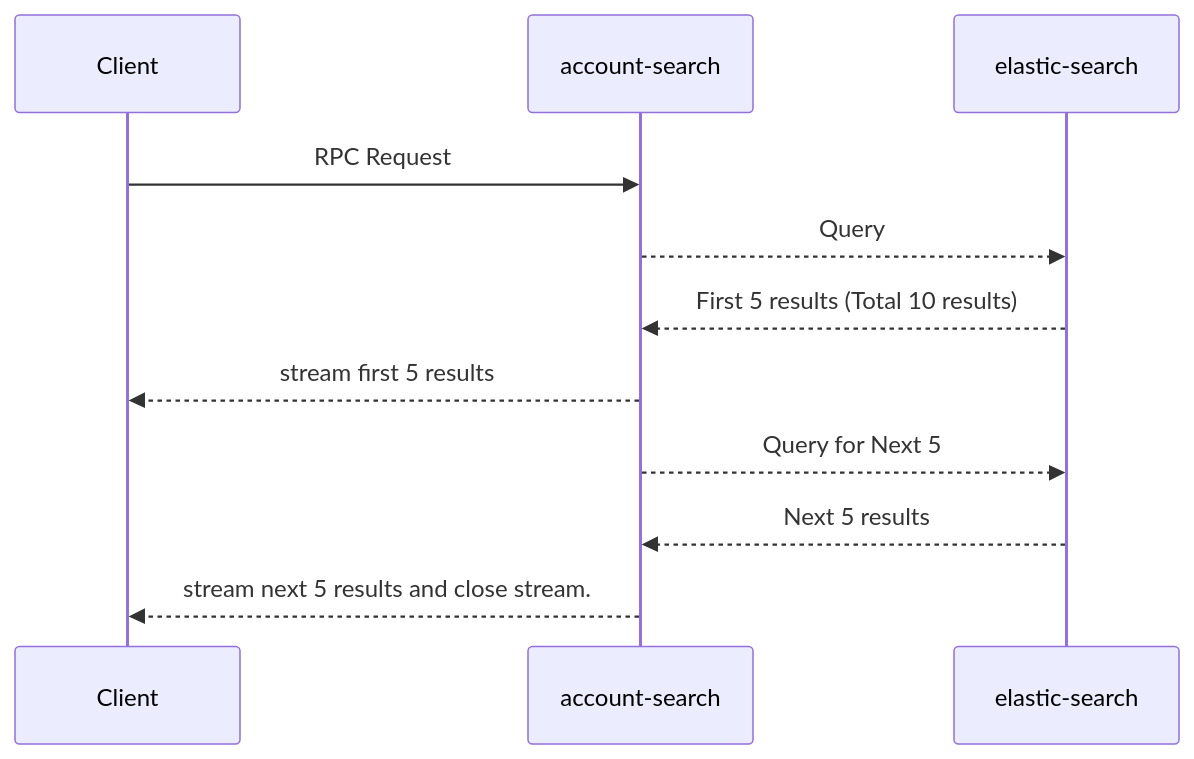
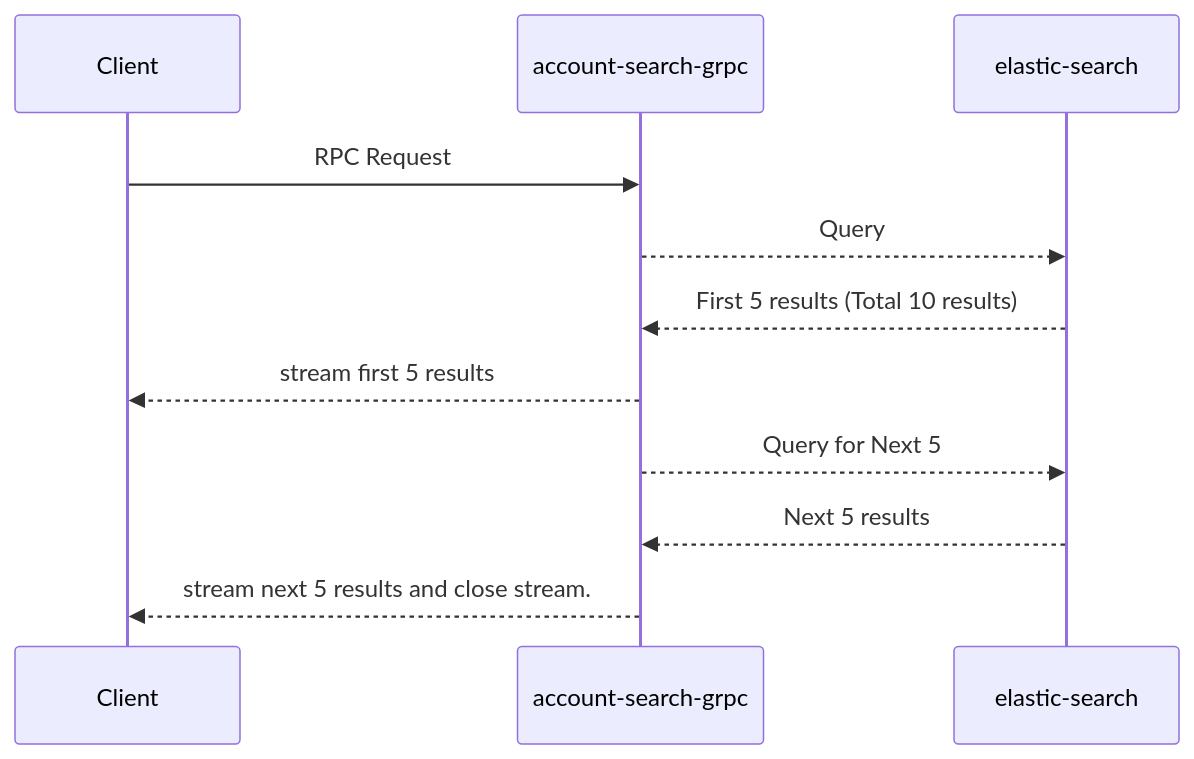
One commit to gunnervj/account-search-grpc changed the diagram in Readme.md. Above: the diagram before and after it, drawn with Mermaid.

````diff
--- a/Readme.md
+++ b/Readme.md
@@ -38,10 +38,10 @@
 ```mermaid
     sequenceDiagram
-    Client ->> account-search: RPC Request
-    account-search-->>elastic-search: Query
-    elastic-search-->>account-search: First 5 results (Total 10 results)
-    account-search-->>Client: stream first 5 results
-    account-search-->>elastic-search: Query for Next 5
-    elastic-search-->>account-search: Next 5 results
-    account-search-->>Client: stream next 5 results and close stream.
+    Client ->> account-search-grpc: RPC Request
+    account-search-grpc-->>elastic-search: Query
+    elastic-search-->>account-search-grpc: First 5 results (Total 10 results)
+    account-search-grpc-->>Client: stream first 5 results
+    account-search-grpc-->>elastic-search: Query for Next 5
+    elastic-search-->>account-search-grpc: Next 5 results
+    account-search-grpc-->>Client: stream next 5 results and close stream.
 ```
````
